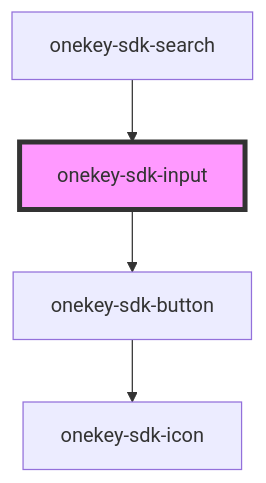
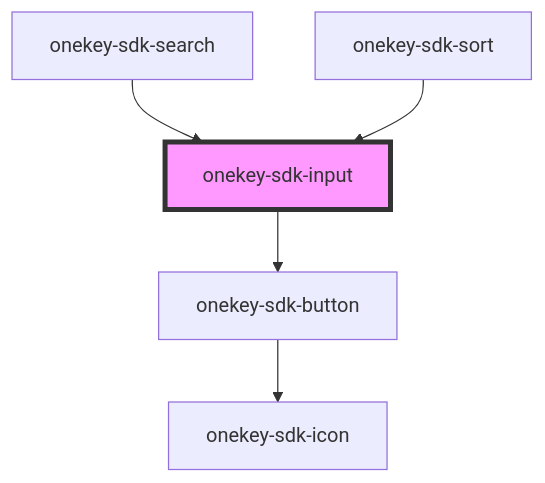
Before and after one commit to hcl-sdk/HealthCareLocatorWebSDK: the diagram in packages/onekey-sdk-core-ui/docs/components/ui-kits/onekey-sdk-input/readme.md, drawn with Mermaid. The commit also changed other lines of this file and 57 other files, not shown here.

````diff
--- a/packages/onekey-sdk-core-ui/docs/components/ui-kits/onekey-sdk-input/readme.md
+++ b/packages/onekey-sdk-core-ui/docs/components/ui-kits/onekey-sdk-input/readme.md
@@ -35,7 +38,8 @@
 ```mermaid
 graph TD;
   onekey-sdk-input --> onekey-sdk-button
   onekey-sdk-button --> onekey-sdk-icon
   onekey-sdk-search --> onekey-sdk-input
+  onekey-sdk-sort --> onekey-sdk-input
   style onekey-sdk-input fill:#f9f,stroke:#333,stroke-width:4px
 ```
````
